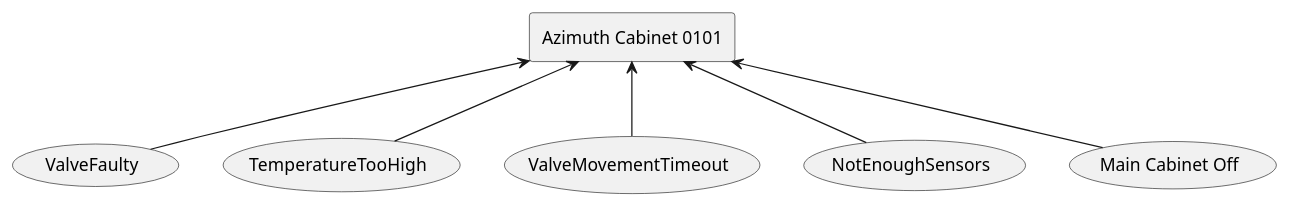
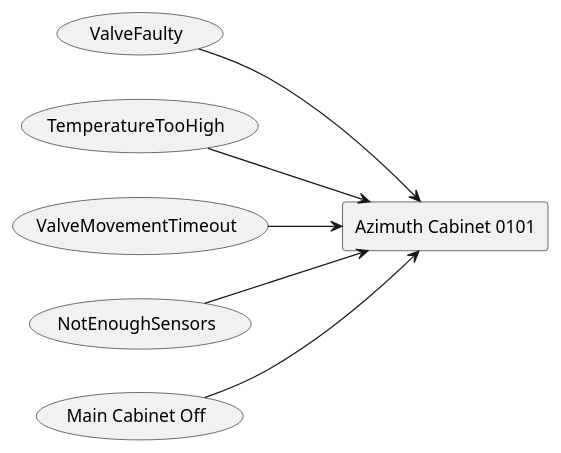
Before and after one commit to lsst-ts/ts_tma_tma-documentation_tma-faults: the fifth of 18 diagrams in README.md, drawn with PlantUML. The commit also changed other lines of this file, not shown here.

Commit message:
refactor: change the diagrams to be left to right instead of top to bottom

````diff
--- a/README.md
+++ b/README.md
@@ -379,21 +382,22 @@
 ```plantuml
 @startuml
+left to right direction
 rectangle "Azimuth Cabinet 0101" as AzimuthCabinet0101
 usecase "ValveFaulty" as ValveFaulty
 
-ValveFaulty -u-> AzimuthCabinet0101
+ValveFaulty --> AzimuthCabinet0101
 usecase "TemperatureTooHigh" as TemperatureTooHigh
 
-TemperatureTooHigh -u-> AzimuthCabinet0101
+TemperatureTooHigh --> AzimuthCabinet0101
 usecase "ValveMovementTimeout" as ValveMovementTimeout
 
-ValveMovementTimeout -u-> AzimuthCabinet0101
+ValveMovementTimeout --> AzimuthCabinet0101
 usecase "NotEnoughSensors" as NotEnoughSensors
 
-NotEnoughSensors -u-> AzimuthCabinet0101
+NotEnoughSensors --> AzimuthCabinet0101
 usecase "Main Cabinet Off" as MainCabinetOff
 
-MainCabinetOff -u-> AzimuthCabinet0101
+MainCabinetOff --> AzimuthCabinet0101
 
 @enduml
 ```
````
